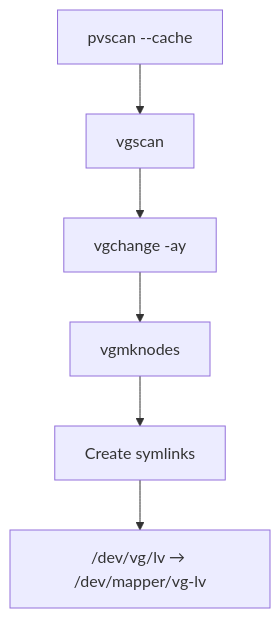
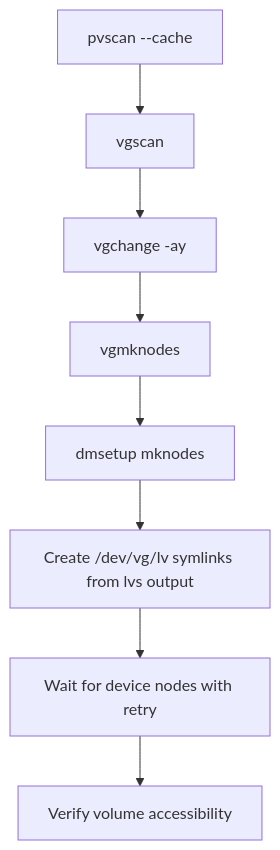
Before and after one commit to zaolin/vanguard: the sixth of 11 diagrams in docs/boot-flow.md, drawn with Mermaid. The commit also changed other lines of this file and 3 other files, not shown here.

````diff
--- a/docs/boot-flow.md
+++ b/docs/boot-flow.md
@@ -183,8 +174,10 @@
 ```mermaid
 flowchart TD
     A[pvscan --cache] --> B[vgscan]
     B --> C[vgchange -ay]
     C --> D[vgmknodes]
-    D --> E[Create symlinks]
-    E --> F["/dev/vg/lv → /dev/mapper/vg-lv"]
+    D --> E[dmsetup mknodes]
+    E --> F[Create /dev/vg/lv symlinks from lvs output]
+    F --> G[Wait for device nodes with retry]
+    G --> H[Verify volume accessibility]
 ```
````
